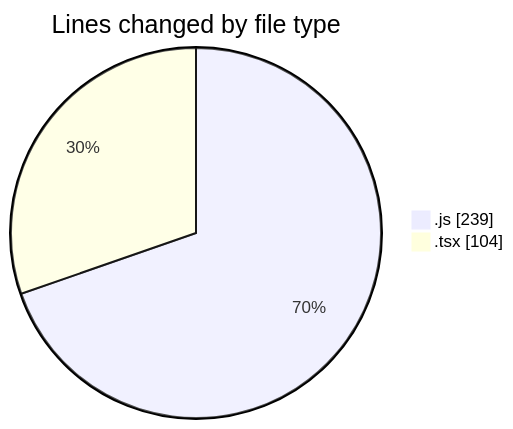
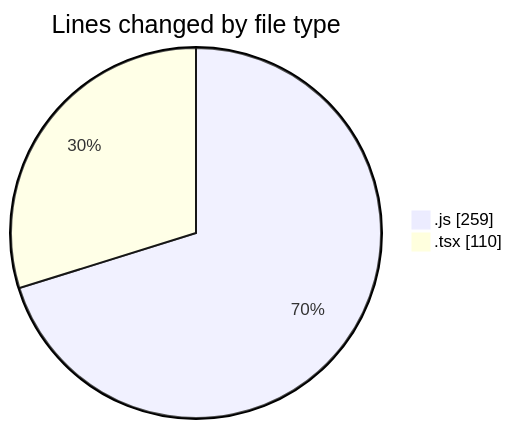
One commit to momahboobian/code-tracking changed the first of 2 diagrams in 2026-03-12/cda/README.md. Above: the diagram before and after it, drawn with Mermaid. The commit also changed other lines of this file and 1 other file, not shown here.

````diff
--- a/2026-03-12/cda/README.md
+++ b/2026-03-12/cda/README.md
@@ -24,6 +24,6 @@
 ```mermaid
 pie showData
 title Lines changed by file type
-".js" : 239
-".tsx" : 104
+".js" : 259
+".tsx" : 110
 ```
````
